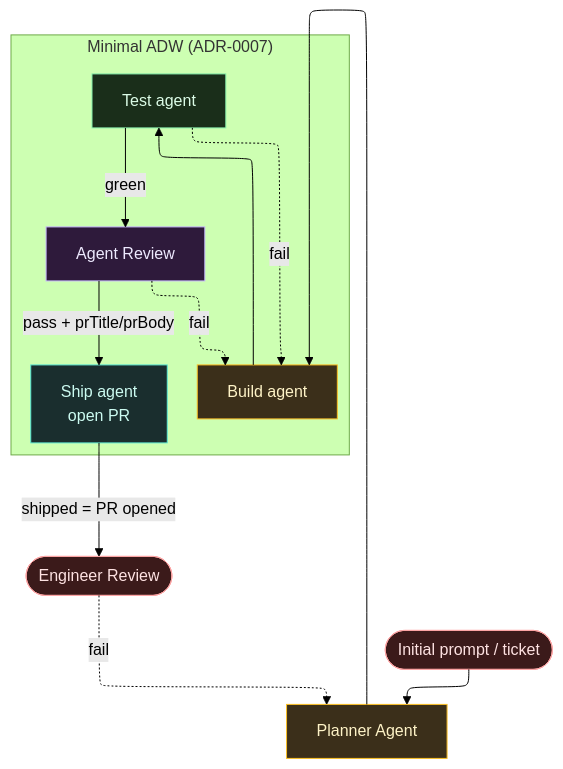
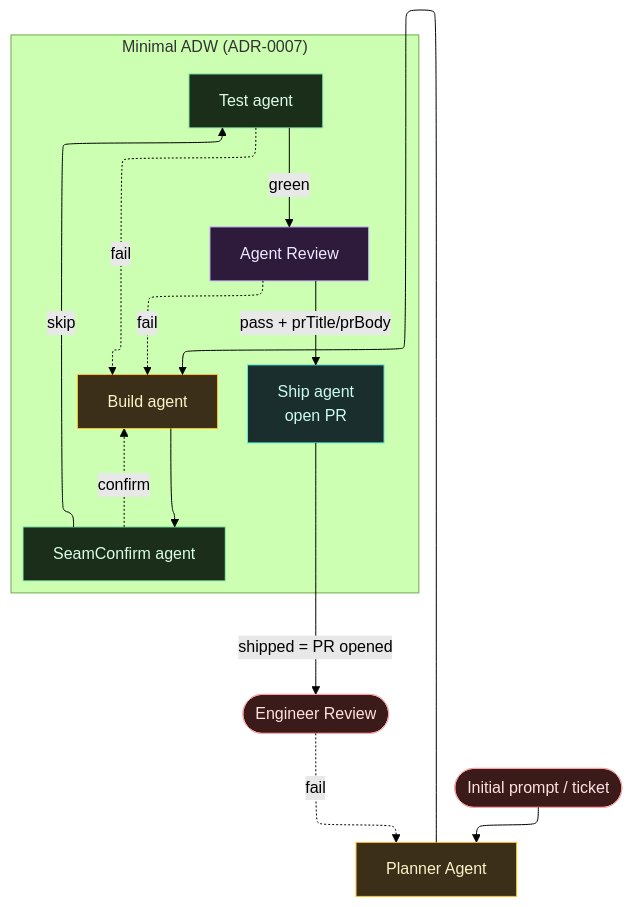
One commit to luchillo17/lazy-software-factory changed the diagram in docs/VISION.md. Above: the diagram before and after it, drawn with Mermaid (forest theme). The commit also changed other lines of this file and 15 other files, not shown here.

First line of the commit message:
feat(adw): add SeamConfirm Code agent

````diff
--- a/docs/VISION.md
+++ b/docs/VISION.md
@@ -27,35 +27,38 @@
 ```mermaid
 %%{init: {"flowchart": {"defaultRenderer": "elk"}} }%%
 flowchart TB
   Prompt(["Initial prompt / ticket"])
   Planner["Planner Agent"]
   subgraph Minimal["Minimal ADW (ADR-0007)"]
     direction TB
     Build["Build agent"]
+    SeamConfirm["SeamConfirm agent"]
     Test["Test agent"]
     Review["Agent Review"]
     Ship["Ship agent\nopen PR"]
-    Build --> Test
+    Build --> SeamConfirm
+    SeamConfirm -->|skip| Test
     Test -->|green| Review
     Review -->|"pass + prTitle/prBody"| Ship
+    SeamConfirm -.->|confirm| Build
     Test -.->|fail| Build
     Review -.->|fail| Build
   end
   Eng(["Engineer Review"])
 
   Prompt --> Planner --> Build
   Ship -->|"shipped = PR opened"| Eng
   Eng -.->|fail| Planner
 
   classDef human fill:#3b1a1a,stroke:#fca5a5,color:#fee2e2
   classDef llm fill:#3b2f1a,stroke:#fbbf24,color:#fef3c7
   classDef gate fill:#1a2e1a,stroke:#86efac,color:#dcfce7
   classDef agent fill:#2e1a3b,stroke:#c4b5fd,color:#ede9fe
   classDef ship fill:#1a2e2e,stroke:#5eead4,color:#ccfbf1
 
   class Prompt,Eng human
   class Planner,Build llm
-  class Test gate
+  class Test,SeamConfirm gate
   class Review agent
   class Ship ship
 ```
````
